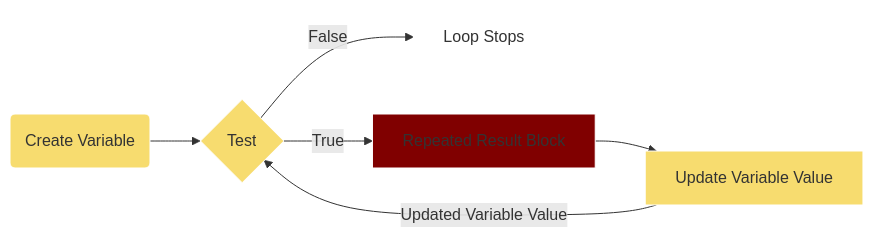
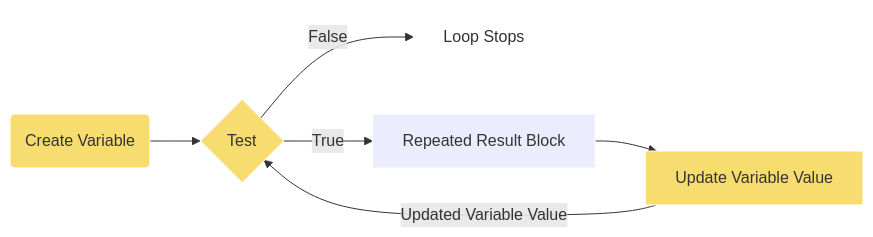
Before and after one commit to lsu-ddem/pathways-site: the first of 2 diagrams in content/1_IntroToCoding/2_MakingThings_Happen/3_Lesson_3/index.md, drawn with Mermaid.

Commit message:
Update Do it again “index”

```diff
--- a/content/1_IntroToCoding/2_MakingThings_Happen/3_Lesson_3/index.md
+++ b/content/1_IntroToCoding/2_MakingThings_Happen/3_Lesson_3/index.md
@@ -23,13 +23,13 @@
 {{<mermaid align="center">}}
 graph LR 
 H(Create Variable)-->A
  A-->|False| E[Loop Stops]
 A{Test} -->|True| B[Repeated Result Block]
 B-->C[Update Variable Value]
 C-->|Updated Variable Value|A
 style A fill:  #f7dc6f , stroke:#FFFFFF;
-style B fill:  #800000 ,stroke:#FFFFFF;
+style B fill:  # #ec7063, stroke:#FFFFFF;
 style C fill:  #f7dc6f ,stroke:#FFFFFF;
 style E fill: #FFFFFF, stroke:#FFFFFF;
 style H fill:  #f7dc6f ,stroke:#FFFFFF;
 {{< /mermaid >}}
```
